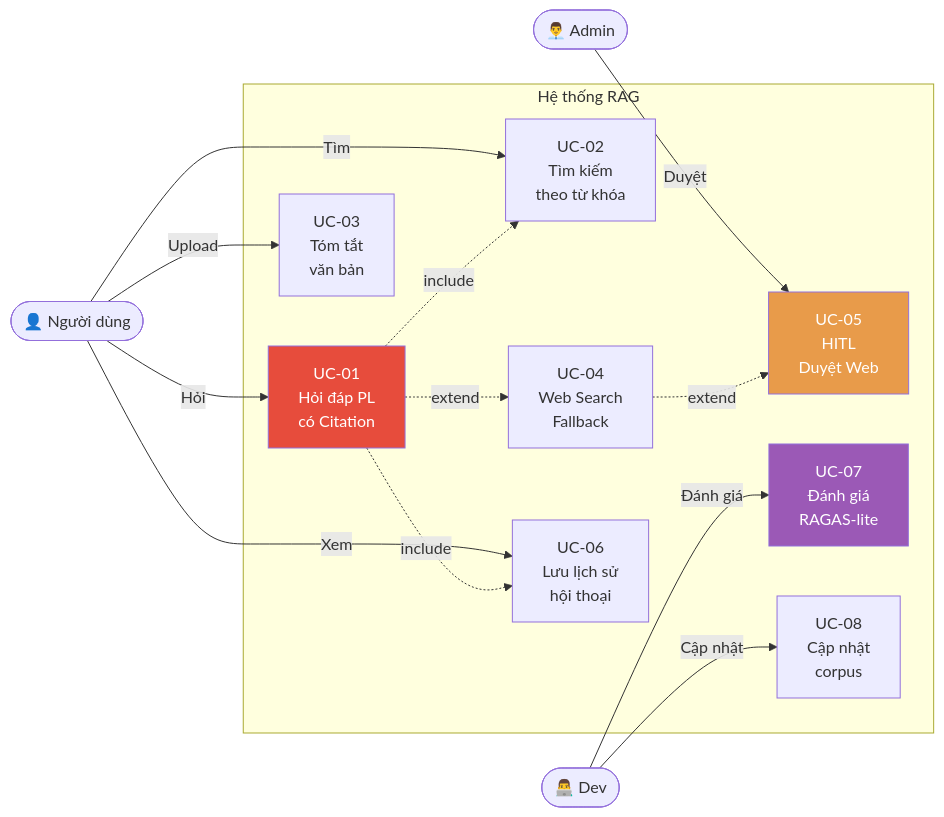
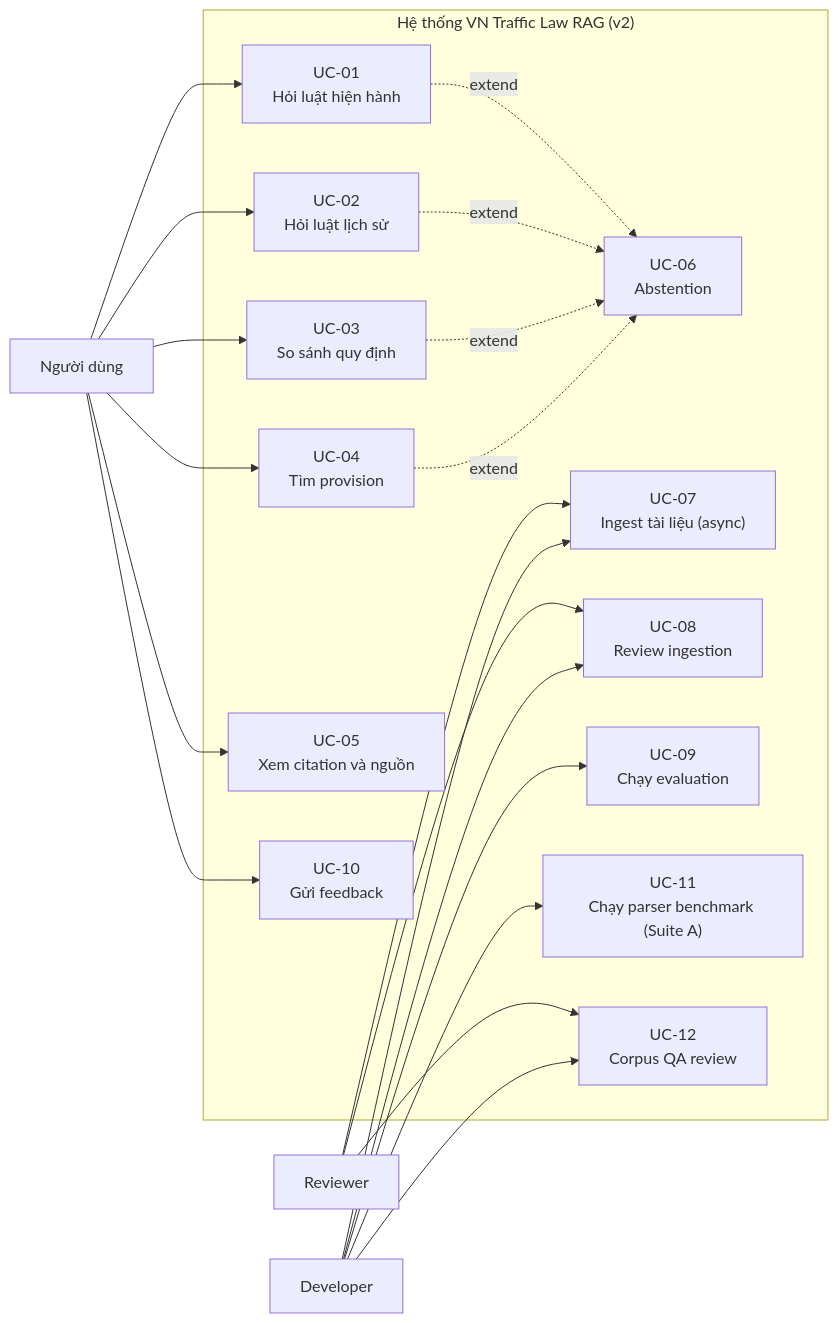
The second of 2 diagrams in docs/02-yeu-cau-he-thong.md (PhucTruong-ctrl/vn-traffic-law-RAG), drawn with Mermaid before and after one commit. The commit also changed other lines of this file, not shown here.

Commit message:
docs: update system requirements for evidence-aware RAG

````diff
--- a/docs/02-yeu-cau-he-thong.md
+++ b/docs/02-yeu-cau-he-thong.md
@@ -235,34 +794,41 @@
 ```mermaid
 graph LR
-    subgraph "Hệ thống RAG"
-        UC01[UC-01<br/>Hỏi đáp PL<br/>có Citation]
-        UC02[UC-02<br/>Tìm kiếm<br/>theo từ khóa]
-        UC03[UC-03<br/>Tóm tắt<br/>văn bản]
-        UC04[UC-04<br/>Web Search<br/>Fallback]
-        UC05[UC-05<br/>HITL<br/>Duyệt Web]
-        UC06[UC-06<br/>Lưu lịch sử<br/>hội thoại]
-        UC07[UC-07<br/>Đánh giá<br/>RAGAS-lite]
-        UC08[UC-08<br/>Cập nhật<br/>corpus]
+    subgraph VLAW["Hệ thống VN Traffic Law RAG (v2)"]
+        UC01["UC-01<br/>Hỏi luật hiện hành"]
+        UC02["UC-02<br/>Hỏi luật lịch sử"]
+        UC03["UC-03<br/>So sánh quy định"]
+        UC04["UC-04<br/>Tìm provision"]
+        UC05["UC-05<br/>Xem citation và nguồn"]
+        UC06["UC-06<br/>Abstention"]
+        UC07["UC-07<br/>Ingest tài liệu (async)"]
+        UC08["UC-08<br/>Review ingestion"]
+        UC09["UC-09<br/>Chạy evaluation"]
+        UC10["UC-10<br/>Gửi feedback"]
+        UC11["UC-11<br/>Chạy parser benchmark (Suite A)"]
+        UC12["UC-12<br/>Corpus QA review"]
     end
 
-    User(["👤 Người dùng"])
-    Admin(["👨‍💼 Admin"])
-    Dev(["👨‍💻 Dev"])
+    USER["Người dùng"]
+    REVIEWER["Reviewer"]
+    DEV["Developer"]
 
-    User -->|Hỏi| UC01
-    User -->|Tìm| UC02
-    User -->|Upload| UC03
-    Admin -->|Duyệt| UC05
-    User -->|Xem| UC06
-    Dev -->|Đánh giá| UC07
-    Dev -->|Cập nhật| UC08
+    USER --> UC01
+    USER --> UC02
+    USER --> UC03
+    USER --> UC04
+    USER --> UC05
+    USER --> UC10
+    UC01 -.extend.-> UC06
+    UC02 -.extend.-> UC06
+    UC03 -.extend.-> UC06
+    UC04 -.extend.-> UC06
 
-    UC01 -.include.-> UC02
-    UC01 -.extend.-> UC04
-    UC04 -.extend.-> UC05
-    UC01 -.include.-> UC06
-
-    style UC01 fill:#E74C3C,color:#fff
-    style UC05 fill:#E89B4A,color:#fff
-    style UC07 fill:#9B59B6,color:#fff
+    REVIEWER --> UC07
+    REVIEWER --> UC08
+    REVIEWER --> UC12
+    DEV --> UC07
+    DEV --> UC08
+    DEV --> UC09
+    DEV --> UC11
+    DEV --> UC12
 ```
````
